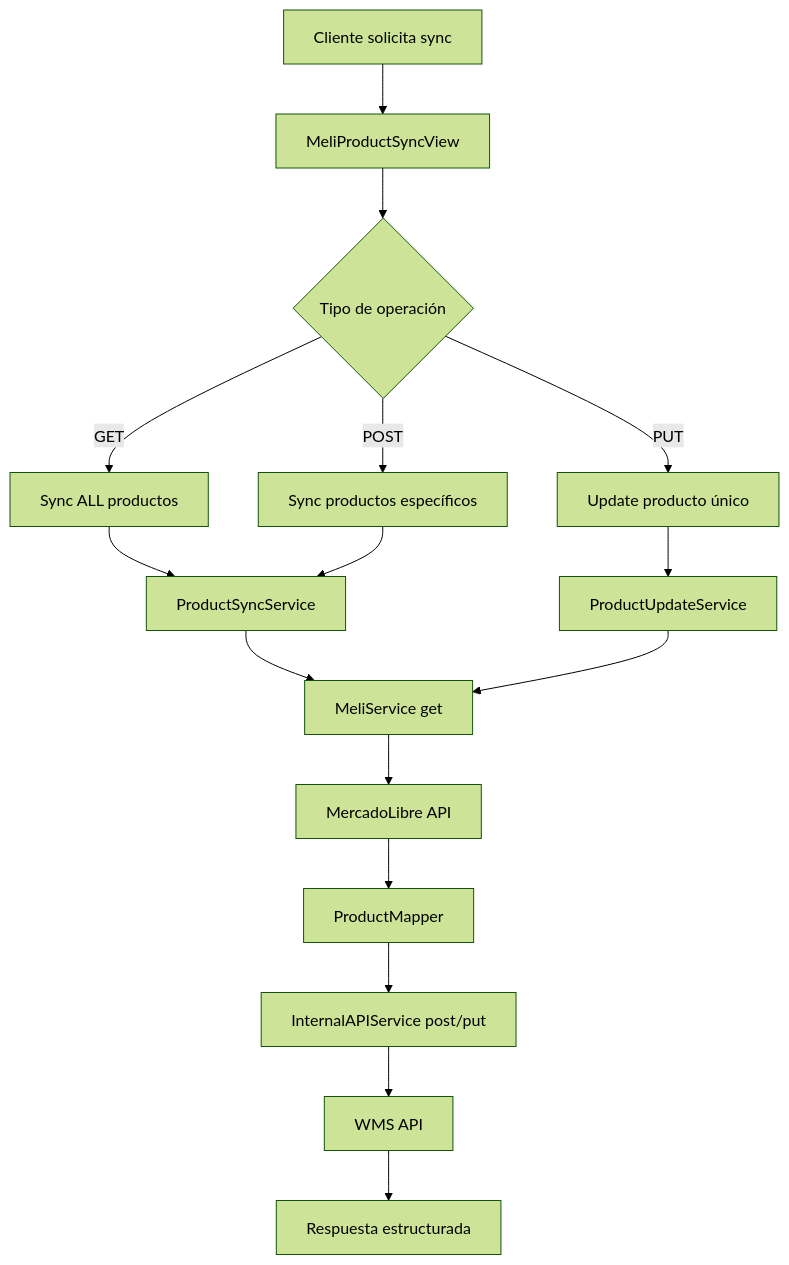
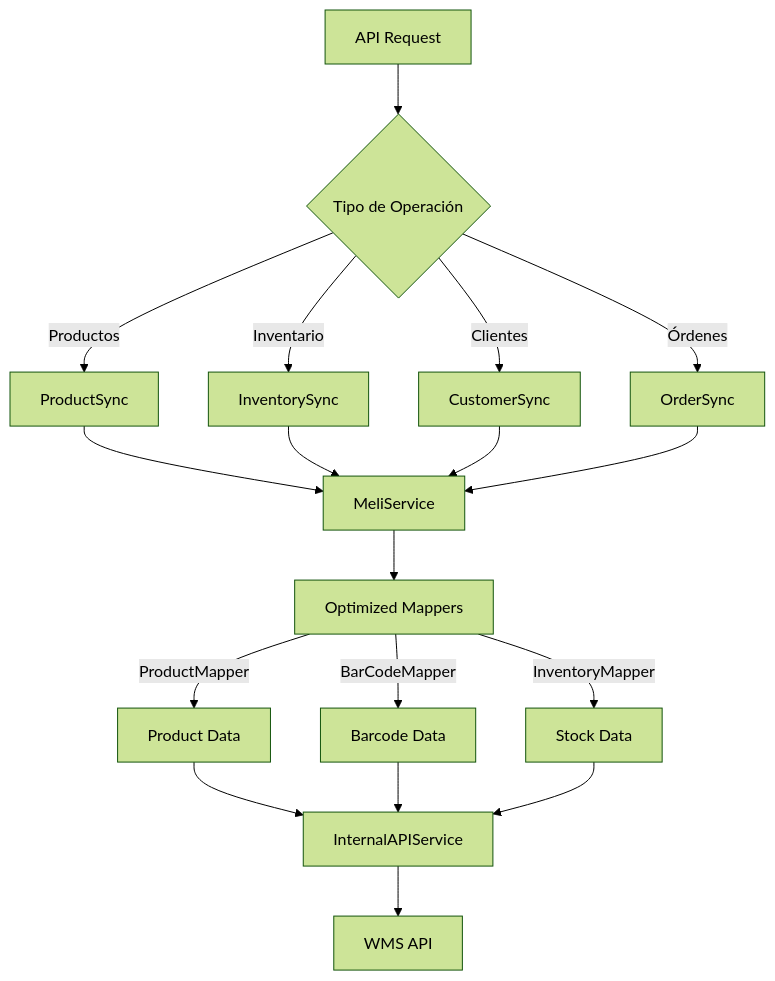
Before and after one commit to JonathanArroyaveGonzalez/Integration-Proyect-SGV: the fourth of 5 diagrams in README.md, drawn with Mermaid (forest theme). The commit also changed other lines of this file, not shown here.

````diff
--- a/README.md
+++ b/README.md
@@ -62,20 +327,23 @@
 ```mermaid
 flowchart TD
-    A[Cliente solicita sync] --> B[MeliProductSyncView]
-    B --> C{Tipo de operación}
-    C -->|GET| D[Sync ALL productos]
-    C -->|POST| E[Sync productos específicos]
-    C -->|PUT| F[Update producto único]
+    A[API Request] --> B{Tipo de Operación}
+    B -->|Productos| C[ProductSync]
+    B -->|Inventario| D[InventorySync]
+    B -->|Clientes| E[CustomerSync]
+    B -->|Órdenes| F[OrderSync]
     
-    D --> G[ProductSyncService]
+    C --> G[MeliService]
+    D --> G
     E --> G
-    F --> H[ProductUpdateService]
+    F --> G
     
-    G --> I[MeliService get]
-    H --> I
-    I --> J[MercadoLibre API]
-    J --> K[ProductMapper]
-    K --> L[InternalAPIService post/put]
+    G --> H[Optimized Mappers]
+    H -->|ProductMapper| I[Product Data]
+    H -->|BarCodeMapper| J[Barcode Data]
+    H -->|InventoryMapper| K[Stock Data]
+    
+    I --> L[InternalAPIService]
+    J --> L
+    K --> L
     L --> M[WMS API]
-    M --> N[Respuesta estructurada]
 ```
````
